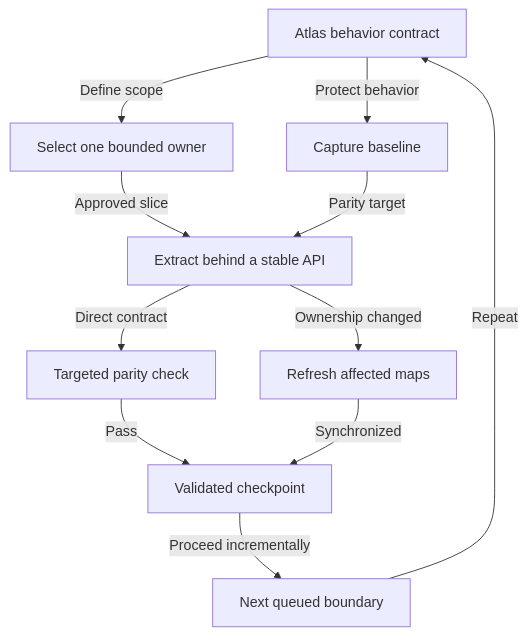
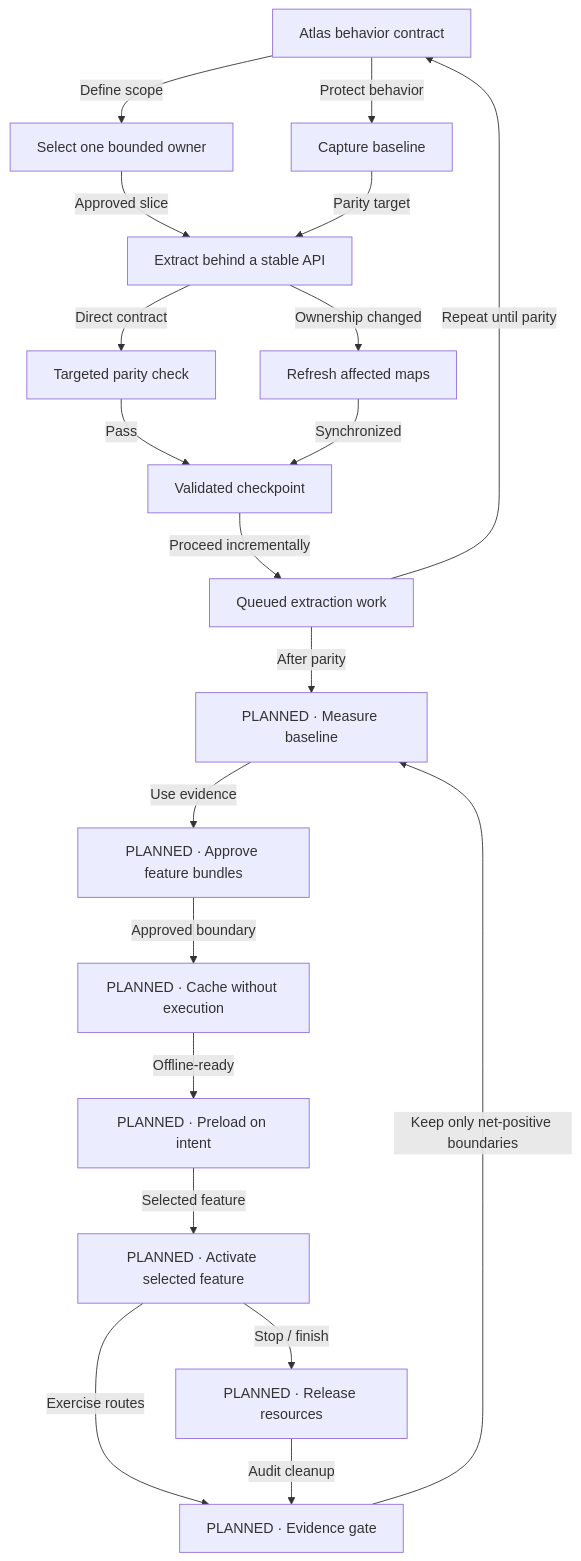
One commit to missionode/lite changed the third of 30 diagrams in docs/app-map/FLOW-REFERENCE.md. Above: the diagram before and after it, drawn with Mermaid. The commit also changed other lines of this file and 10 other files, not shown here.

````diff
--- a/docs/app-map/FLOW-REFERENCE.md
+++ b/docs/app-map/FLOW-REFERENCE.md
@@ -147,21 +147,37 @@
 ```mermaid
 flowchart TD
   atlas["Atlas behavior contract"]
   boundary["Select one bounded owner"]
   baseline["Capture baseline"]
   extract["Extract behind a stable API"]
   test["Targeted parity check"]
   maps["Refresh affected maps"]
   checkpoint["Validated checkpoint"]
-  next["Next queued boundary"]
+  next["Queued extraction work"]
+  measure["PLANNED · Measure baseline"]
+  partition["PLANNED · Approve feature bundles"]
+  cache["PLANNED · Cache without execution"]
+  preload["PLANNED · Preload on intent"]
+  activate["PLANNED · Activate selected feature"]
+  release["PLANNED · Release resources"]
+  verify["PLANNED · Evidence gate"]
   atlas -->|"Define scope"| boundary
   atlas -->|"Protect behavior"| baseline
   boundary -->|"Approved slice"| extract
   baseline -->|"Parity target"| extract
   extract -->|"Direct contract"| test
   extract -->|"Ownership changed"| maps
   test -->|"Pass"| checkpoint
   maps -->|"Synchronized"| checkpoint
   checkpoint -->|"Proceed incrementally"| next
-  next -->|"Repeat"| atlas
+  next -->|"Repeat until parity"| atlas
+  next -->|"After parity"| measure
+  measure -->|"Use evidence"| partition
+  partition -->|"Approved boundary"| cache
+  cache -->|"Offline-ready"| preload
+  preload -->|"Selected feature"| activate
+  activate -->|"Stop / finish"| release
+  activate -->|"Exercise routes"| verify
+  release -->|"Audit cleanup"| verify
+  verify -->|"Keep only net-positive boundaries"| measure
 ```
````
